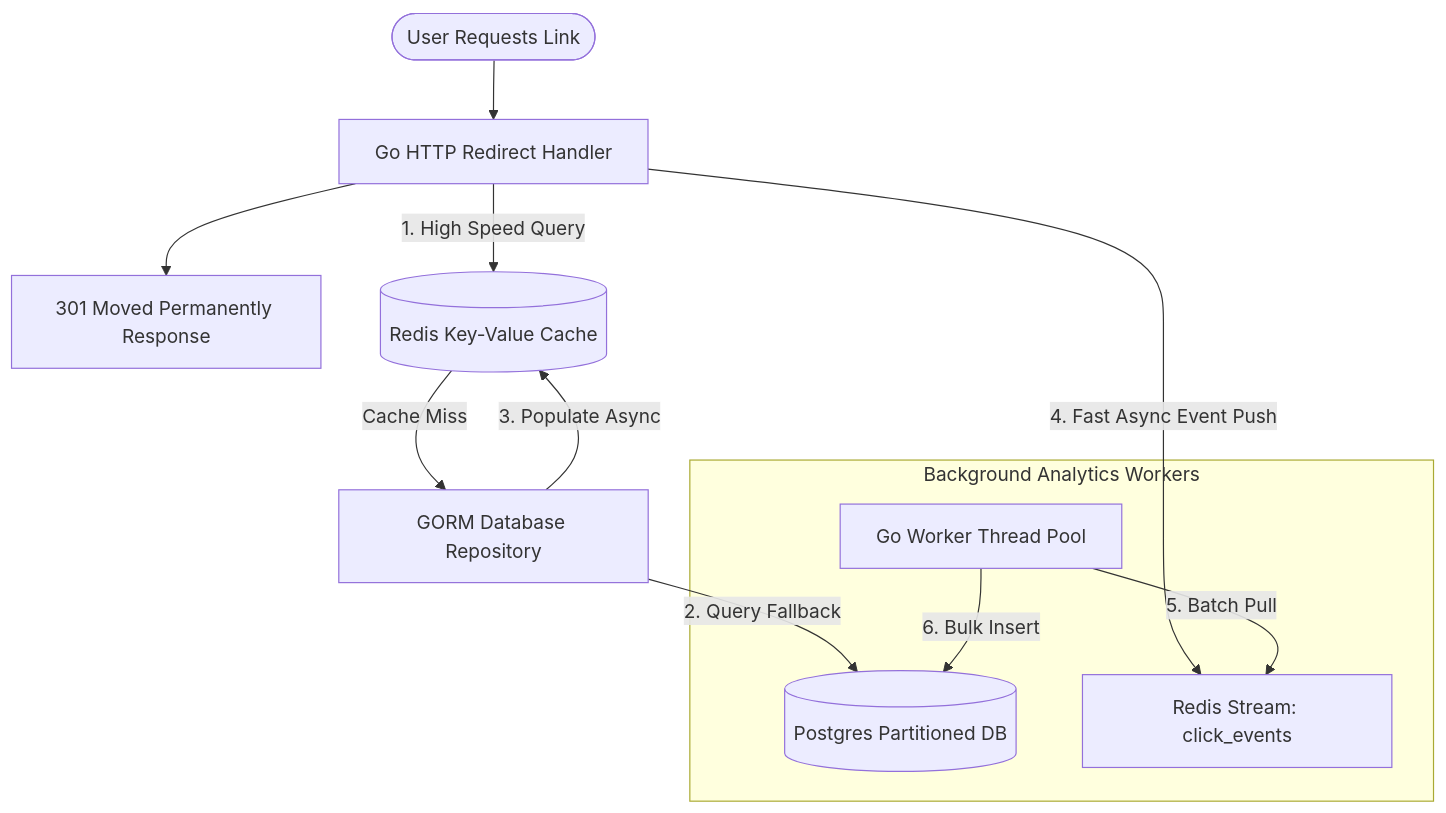
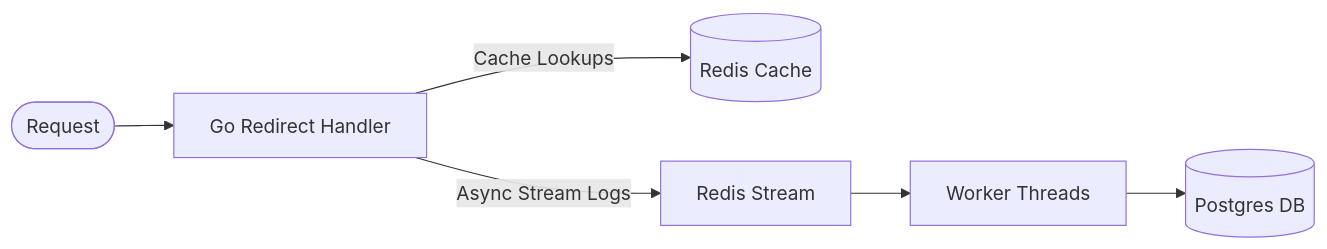
One commit to krishsoni15/FlashLink changed the diagram in README.md. Above: the diagram before and after it, drawn with Mermaid. The commit also changed other lines of this file and 1 other file, not shown here.

````diff
--- a/README.md
+++ b/README.md
@@ -24,20 +18,7 @@
 ```mermaid
-graph TD
-    User([User Requests Link]) --> Edge[Go HTTP Redirect Handler]
-    Edge --> Response[301 Moved Permanently Response]
-    
-    %% Cache Check
-    Edge -- 1. High Speed Query --> RedisCache[(Redis Key-Value Cache)]
-    RedisCache -- Cache Miss --> GORM[GORM Database Repository]
-    GORM -- 2. Query Fallback --> PG[(Postgres Partitioned DB)]
-    GORM -- 3. Populate Async --> RedisCache
-    
-    %% Async Event Engine
-    Edge -- 4. Fast Async Event Push --> RedisStream[Redis Stream: click_events]
-    
-    subgraph Background Analytics Workers
-        WorkerPool[Go Worker Thread Pool]
-        WorkerPool -- 5. Batch Pull --> RedisStream
-        WorkerPool -- 6. Bulk Insert --> PG
-    end
+graph LR
+    User([Request]) --> Edge[Go Redirect Handler]
+    Edge -- Cache Lookups --> Redis[(Redis Cache)]
+    Edge -- Async Stream Logs --> Stream[Redis Stream]
+    Stream --> Worker[Worker Threads] --> PG[(Postgres DB)]
 ```
````
